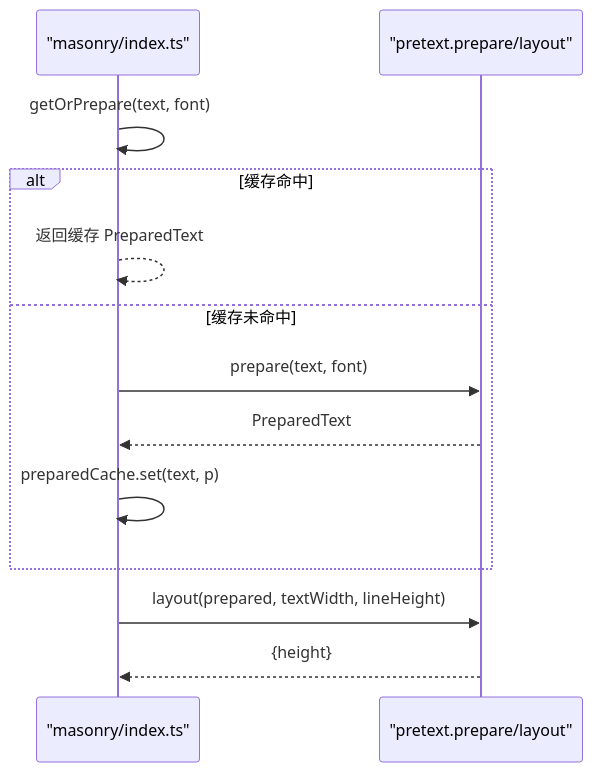
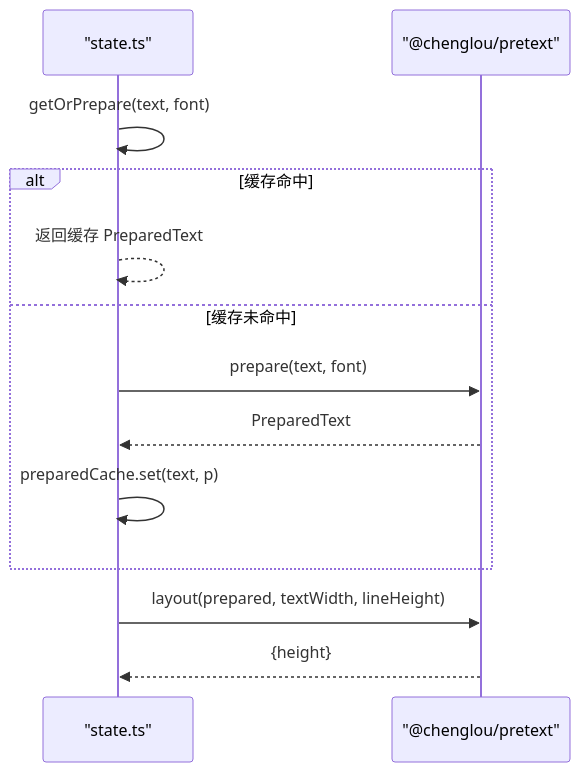
Before and after one commit to BlackBoxRecorder/memos: diagram 11 of 14 in .qoder/repowiki/zh/content/核心功能/瀑布流展示系统.md, drawn with Mermaid. The commit also changed other lines of this file and 10 other files, not shown here.

````diff
--- a/.qoder/repowiki/zh/content/核心功能/瀑布流展示系统.md
+++ b/.qoder/repowiki/zh/content/核心功能/瀑布流展示系统.md
@@ -272,15 +409,15 @@
 ```mermaid
 sequenceDiagram
-participant M as "masonry/index.ts"
-participant P as "pretext.prepare/layout"
-M->>M : getOrPrepare(text, font)
+participant State as "state.ts"
+participant Pretext as "@chenglou/pretext"
+State->>State : getOrPrepare(text, font)
 alt 缓存命中
-M-->>M : 返回缓存 PreparedText
+State-->>State : 返回缓存 PreparedText
 else 缓存未命中
-M->>P : prepare(text, font)
-P-->>M : PreparedText
-M->>M : preparedCache.set(text, p)
+State->>Pretext : prepare(text, font)
+Pretext-->>State : PreparedText
+State->>State : preparedCache.set(text, p)
 end
-M->>P : layout(prepared, textWidth, lineHeight)
-P-->>M : {height}
+State->>Pretext : layout(prepared, textWidth, lineHeight)
+Pretext-->>State : {height}
 ```
````
